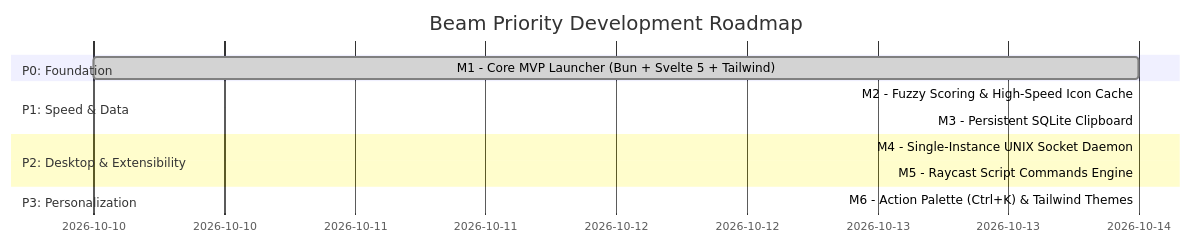
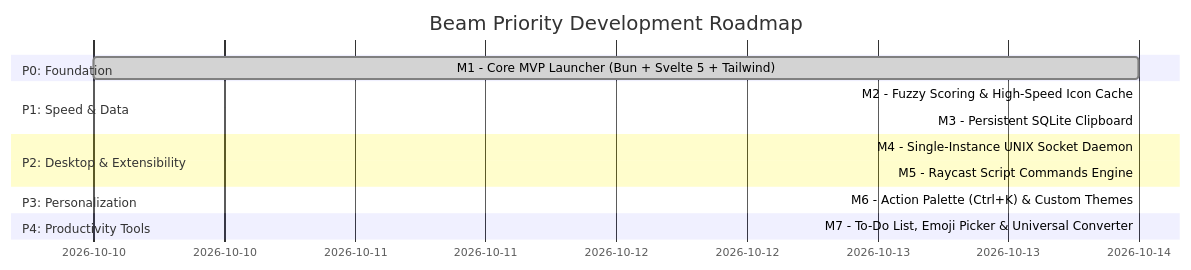
Before and after one commit to codesdilkhush/beam: the diagram in docs/milestones.md, drawn with Mermaid. The commit also changed other lines of this file and 25 other files, not shown here.

Commit message:
feat: complete Milestone 7 with To-Do manager, Emoji grid, and Universal converter

````diff
--- a/docs/milestones.md
+++ b/docs/milestones.md
@@ -5,15 +5,17 @@
 ```mermaid
 gantt
     title Beam Priority Development Roadmap
     dateFormat  YYYY-MM-DD
     section P0: Foundation
     M1 - Core MVP Launcher (Bun + Svelte 5 + Tailwind) :done, m1, 2026-10-10, 2026-10-14
     section P1: Speed & Data
     M2 - Fuzzy Scoring & High-Speed Icon Cache         :done, m2, 2026-10-14, 2026-10-14
     M3 - Persistent SQLite Clipboard                   :done, m3, 2026-10-14, 2026-10-14
     section P2: Desktop & Extensibility
     M4 - Single-Instance UNIX Socket Daemon             :done, m4, 2026-10-14, 2026-10-14
     M5 - Raycast Script Commands Engine                 :done, m5, 2026-10-14, 2026-10-14
     section P3: Personalization
-    M6 - Action Palette (Ctrl+K) & Tailwind Themes      :done, m6, 2026-10-14, 2026-10-14
+    M6 - Action Palette (Ctrl+K) & Custom Themes        :done, m6, 2026-10-14, 2026-10-14
+    section P4: Productivity Tools
+    M7 - To-Do List, Emoji Picker & Universal Converter :done, m7, 2026-10-14, 2026-10-14
 ```
````
